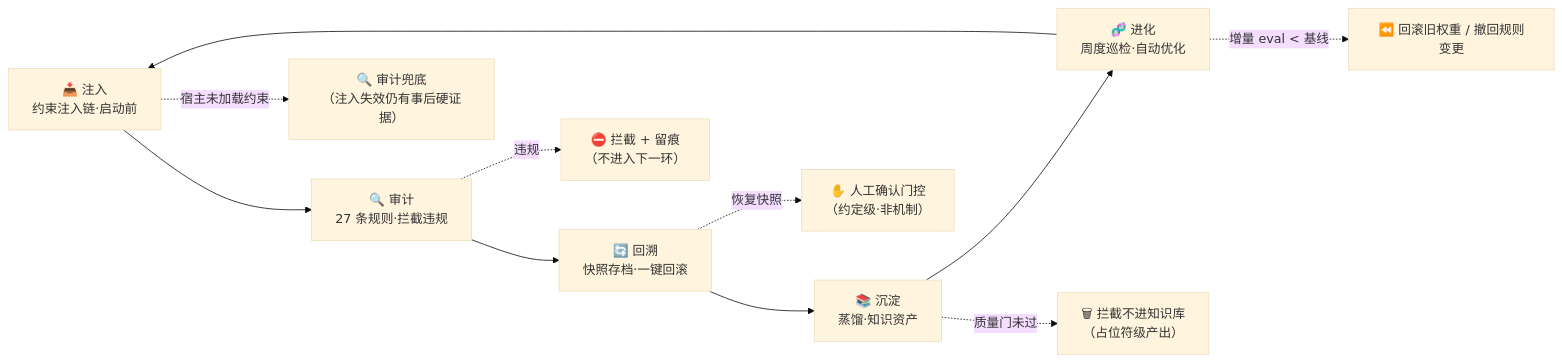
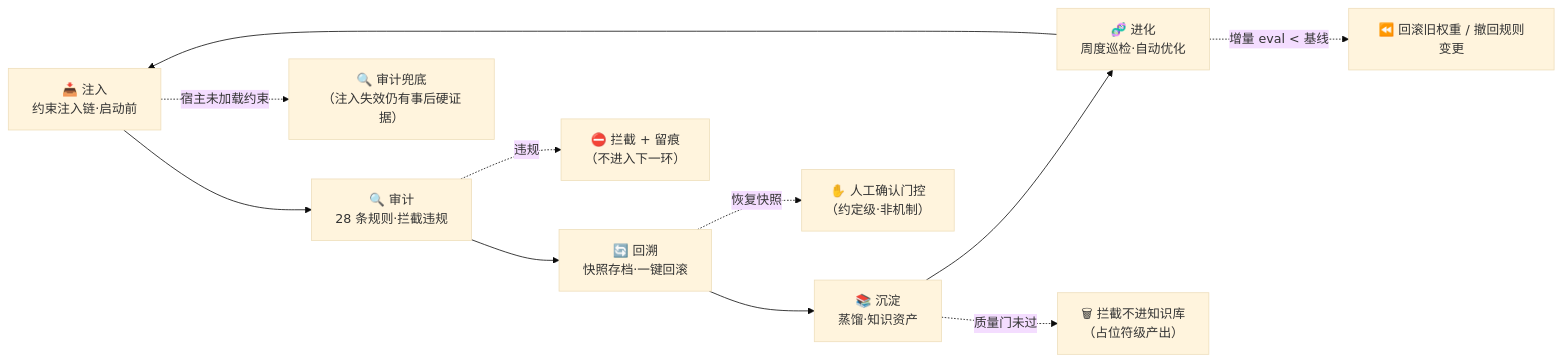
One commit to KongFangXun/sofagent changed the ninth of 9 diagrams in docs/ARCHITECTURE.md. Above: the diagram before and after it, drawn with Mermaid (base theme). The commit also changed other lines of this file and 9 other files, not shown here.

````diff
--- a/docs/ARCHITECTURE.md
+++ b/docs/ARCHITECTURE.md
@@ -1056,13 +1056,13 @@
 ```mermaid
 graph LR
-    A["📥 注入<br/>约束注入链·启动前"] --> B["🔍 审计<br/>27 条规则·拦截违规"]
+    A["📥 注入<br/>约束注入链·启动前"] --> B["🔍 审计<br/>28 条规则·拦截违规"]
     B --> C["🔄 回溯<br/>快照存档·一键回滚"]
     C --> D["📚 沉淀<br/>蒸馏·知识资产"]
     D --> E["🧬 进化<br/>周度巡检·自动优化"]
     E --> A
     B -.->|违规| BX["⛔ 拦截 + 留痕<br/>（不进入下一环）"]
     C -.->|恢复快照| CX["✋ 人工确认门控<br/>（约定级·非机制）"]
     D -.->|质量门未过| DX["🗑 拦截不进知识库<br/>（占位符级产出）"]
     E -.->|增量 eval < 基线| EX["⏪ 回滚旧权重 / 撤回规则变更"]
     A -.->|宿主未加载约束| AX["🔍 审计兜底<br/>（注入失效仍有事后硬证据）"]
 ```
````
